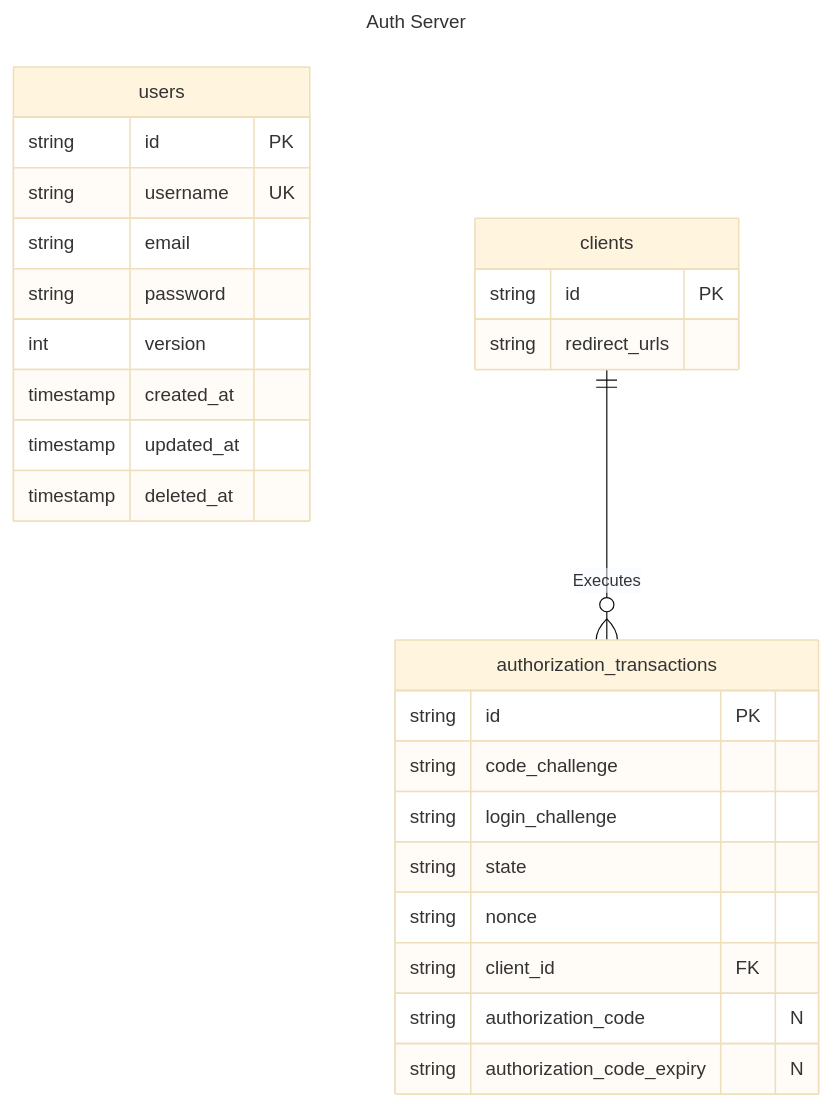
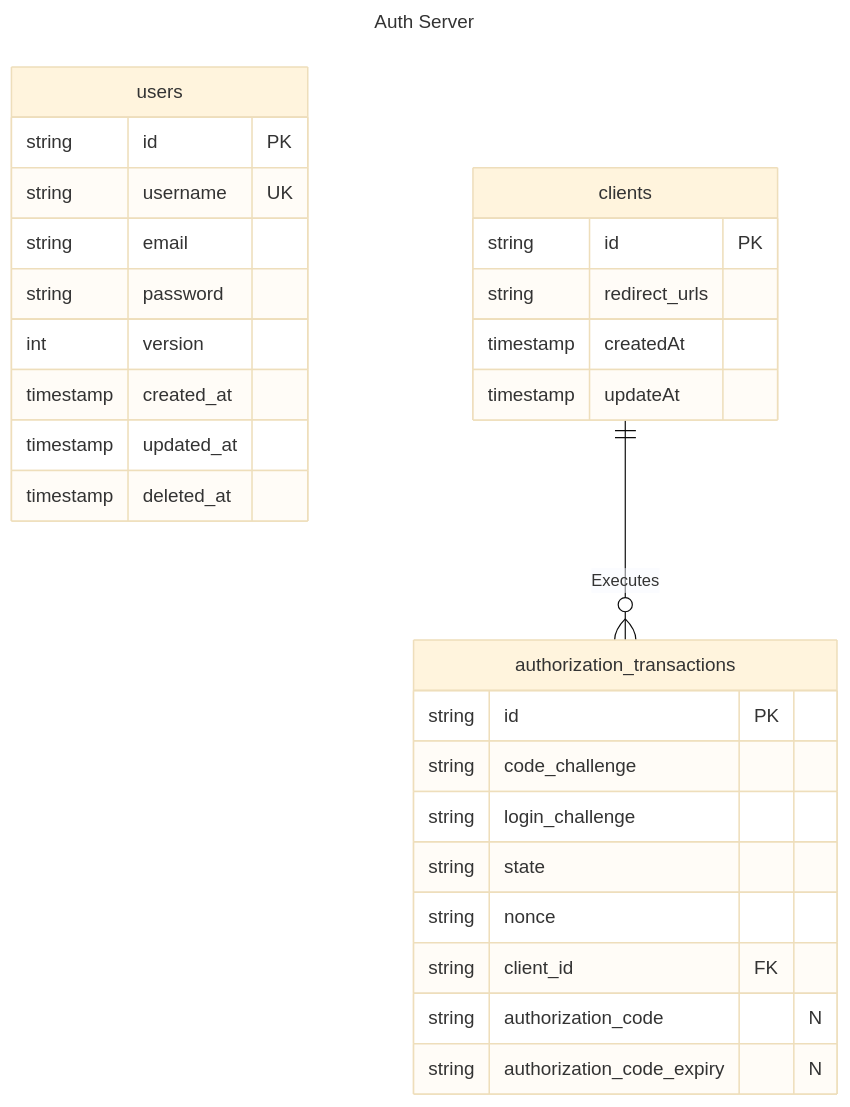
The diagram in docs/ERD.md (dnd-mapp/dma-platform), drawn with Mermaid (base theme) before and after one commit. The commit also changed 2 other files, not shown here.

Commit message:
Add createdAt and updatedAt columns

````diff
--- a/docs/ERD.md
+++ b/docs/ERD.md
@@ -3,37 +3,39 @@
 ```mermaid
 ---
 title: Auth Server
 ---
 erDiagram
     users {
         string id       PK
         string username UK
         string email
         string password
         
         int version
 
         timestamp created_at
         timestamp updated_at
         timestamp deleted_at
     }
     
     authorization_transactions {
         string id               PK
         string code_challenge
         string login_challenge
         string state
         string nonce
         string client_id        FK
         
         string authorization_code           "N"
         string authorization_code_expiry    "N"
     }
     
     clients {
-        string id               PK
-        string redirect_urls
+        string      id              PK
+        string      redirect_urls
+        timestamp   createdAt
+        timestamp   updateAt
     }
     
     clients ||--o{ authorization_transactions : Executes
 ```
````
